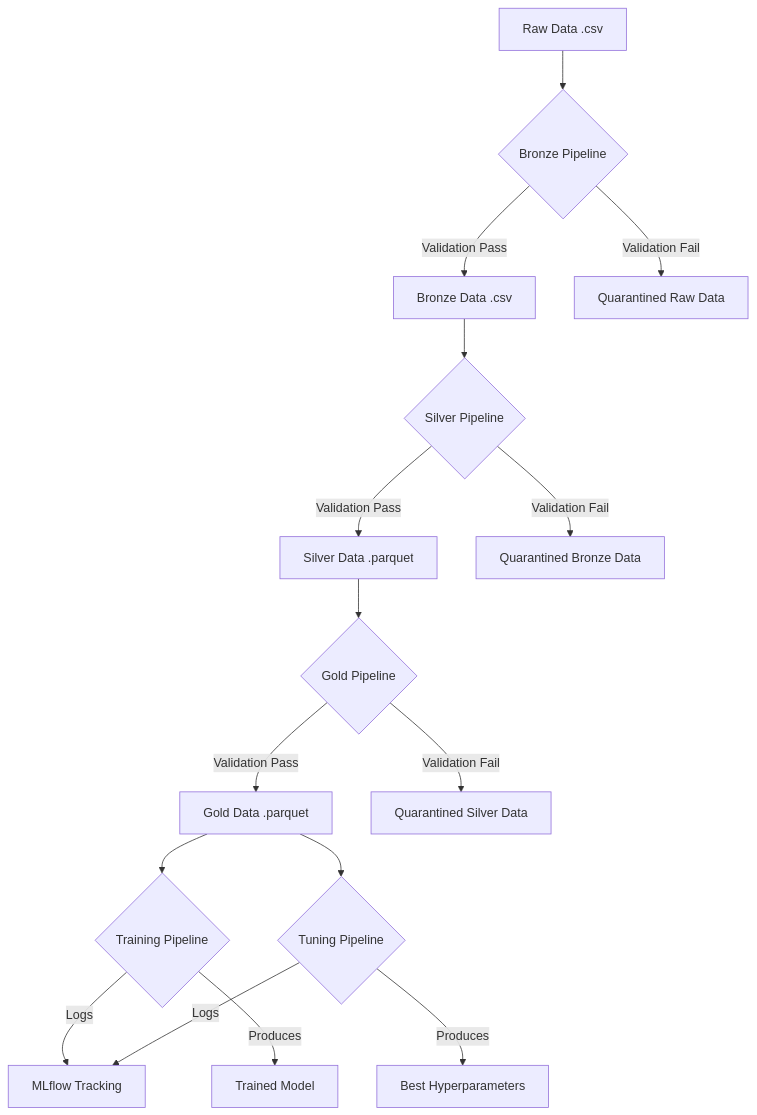
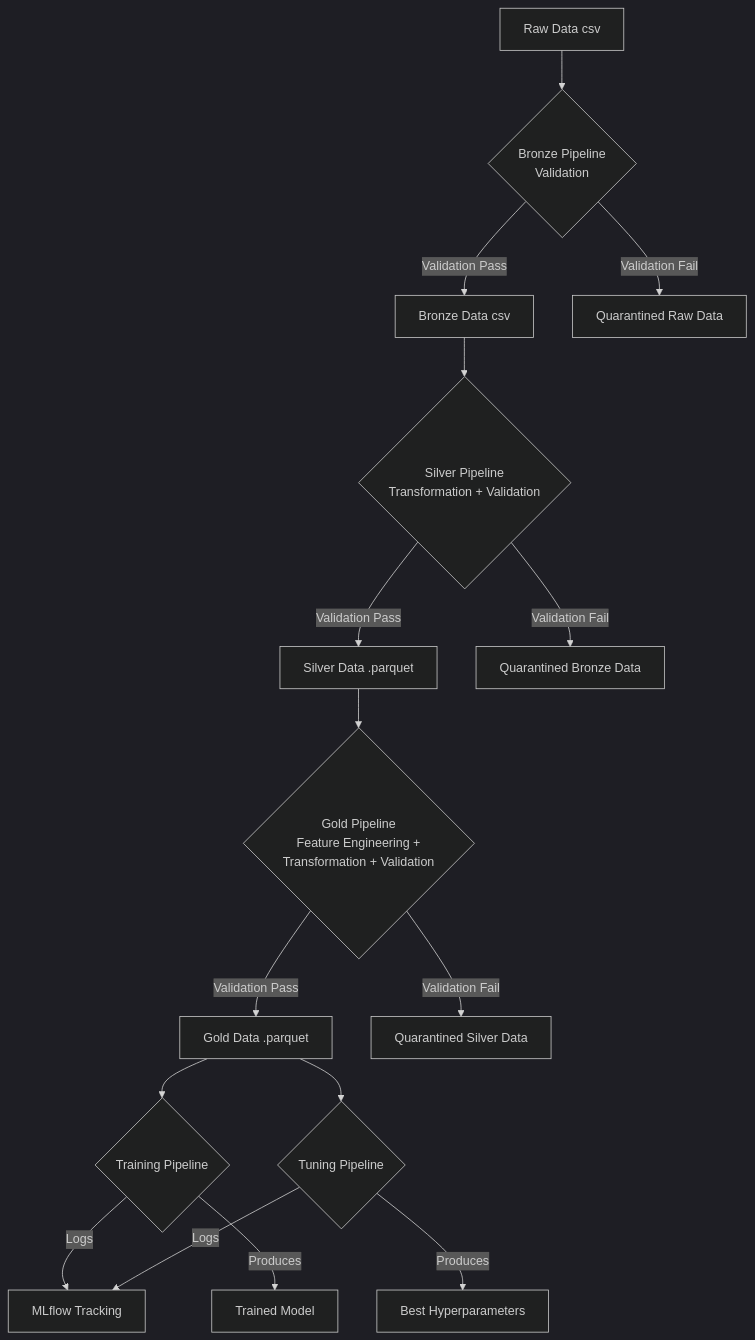
One commit to dakshvanshaj/flights-price-prediction-mlops changed the diagram in docs/Data Pipelines/data_pipelines.md. Above: the diagram before and after it, drawn with Mermaid. The commit also changed other lines of this file and 6 other files, not shown here.

Commit message:
feat: add documentation for data pipelines, training and tuning pipelines.

````diff
--- a/docs/Data Pipelines/data_pipelines.md
+++ b/docs/Data Pipelines/data_pipelines.md
@@ -9,18 +10,19 @@
 ```mermaid
+%%{init: {'theme': 'dark'}}%%
 graph TD
-  A[Raw Data .csv] --> B{Bronze Pipeline}
-  B -- Validation Pass --> C[Bronze Data .csv]
-  B -- Validation Fail --> D[Quarantined Raw Data]
-  C --> E{Silver Pipeline}
-  E -- Validation Pass --> F[Silver Data .parquet]
-  E -- Validation Fail --> G[Quarantined Bronze Data]
-  F --> H{Gold Pipeline}
-  H -- Validation Pass --> I[Gold Data .parquet]
-  H -- Validation Fail --> J[Quarantined Silver Data]
-  I --> K{Training Pipeline}
-  I --> L{Tuning Pipeline}
-  K -- Logs --> M[MLflow Tracking]
-  L -- Logs --> M
-  K -- Produces --> N[Trained Model]
-  L -- Produces --> O[Best Hyperparameters]
+    A[Raw Data csv] --> B{Bronze Pipeline<br/>Validation}
+    B -- Validation Pass --> C[Bronze Data csv]
+    B -- Validation Fail --> D[Quarantined Raw Data]
+    C --> E{Silver Pipeline<br/>Transformation + Validation}
+    E -- Validation Pass --> F[Silver Data .parquet]
+    E -- Validation Fail --> G[Quarantined Bronze Data]
+    F --> H{Gold Pipeline<br/>Feature Engineering +<br/>Transformation + Validation}
+    H -- Validation Pass --> I[Gold Data .parquet]
+    H -- Validation Fail --> J[Quarantined Silver Data]
+    I --> K{Training Pipeline}
+    I --> L{Tuning Pipeline}
+    K -- Logs --> M[MLflow Tracking]
+    L -- Logs --> M
+    K -- Produces --> N[Trained Model]
+    L -- Produces --> O[Best Hyperparameters]
 ```
````
